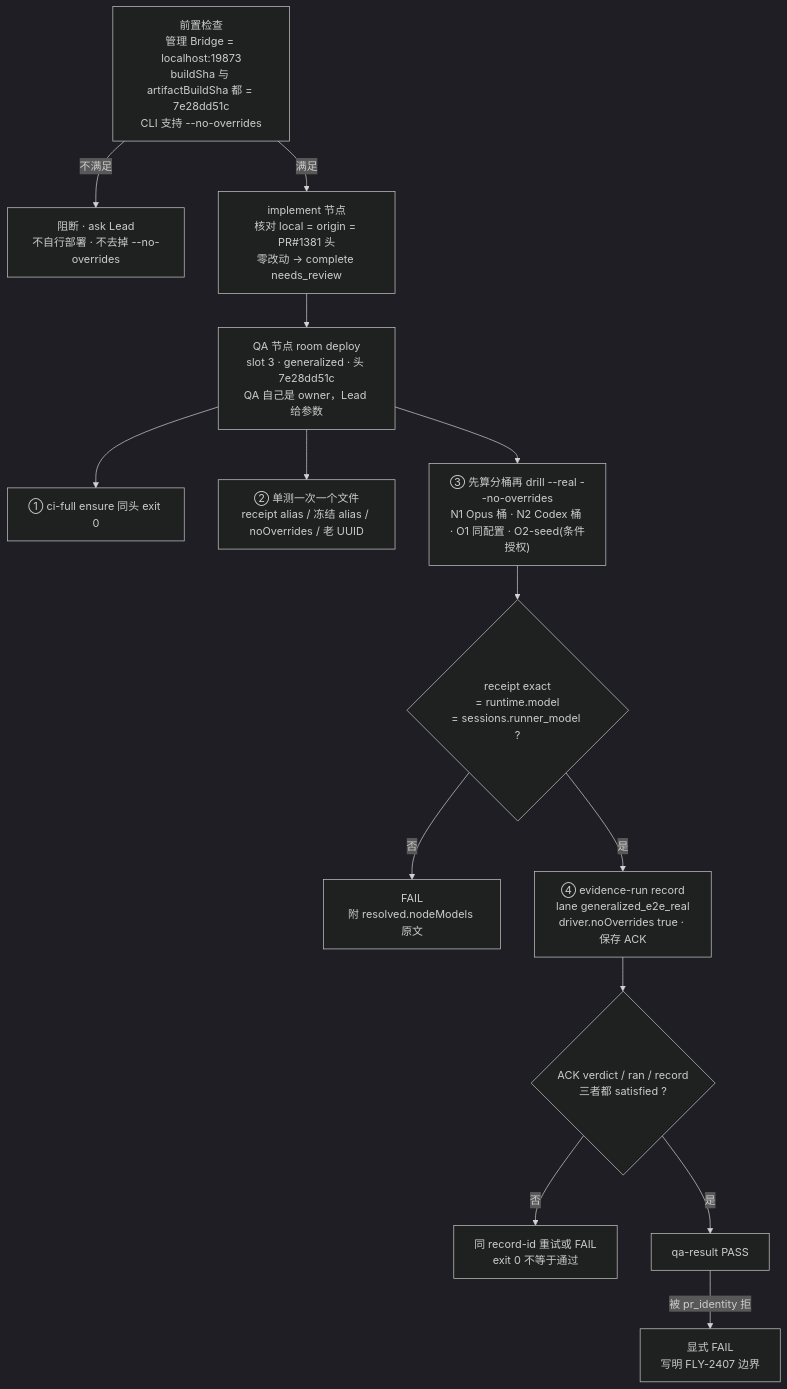
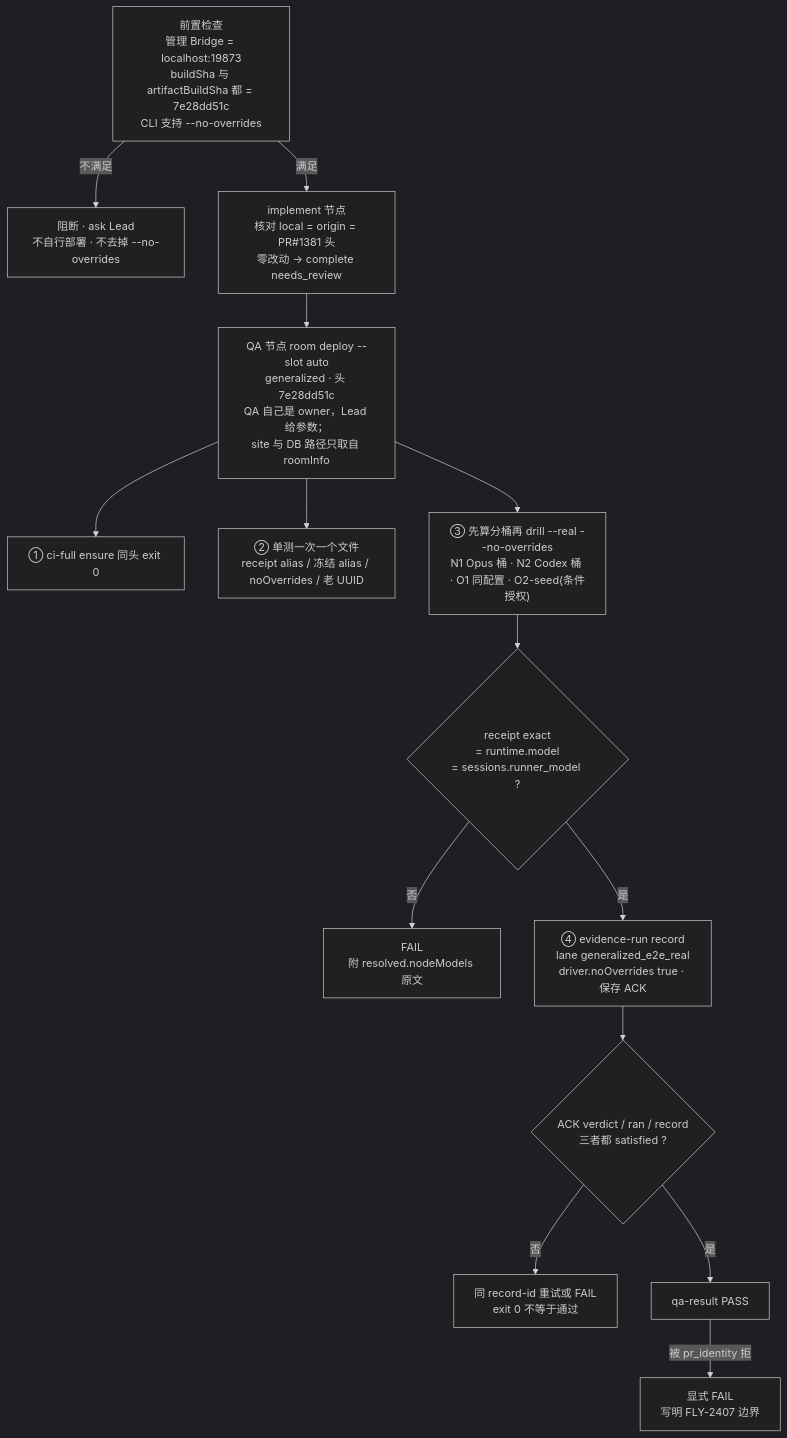
The diagram in engineering/doc/FLY-3018-current-model-routing/diagrams/d1-flow.mmd (xrliAnnie/flywheel-qa-sandbox), drawn with Mermaid (dark theme) before and after one commit. The commit also changed 3 other files, not shown here.

Commit message:
docs(FLY-3018): founder HTML synced to plan v2.2/v2.3 topology (slot auto, O2-seed preconditions)

```diff
--- a/engineering/doc/FLY-3018-current-model-routing/diagrams/d1-flow.mmd
+++ b/engineering/doc/FLY-3018-current-model-routing/diagrams/d1-flow.mmd
@@ -1,14 +1,14 @@
 flowchart TD
     P["前置检查<br/>管理 Bridge = localhost:19873<br/>buildSha 与 artifactBuildSha 都 = 7e28dd51c<br/>CLI 支持 --no-overrides"] -->|不满足| PX["阻断 · ask Lead<br/>不自行部署 · 不去掉 --no-overrides"]
     P -->|满足| B["implement 节点<br/>核对 local = origin = PR#1381 头<br/>零改动 → complete needs_review"]
-    B --> C["QA 节点 room deploy<br/>slot 3 · generalized · 头 7e28dd51c<br/>QA 自己是 owner，Lead 给参数"]
+    B --> C["QA 节点 room deploy --slot auto<br/>generalized · 头 7e28dd51c<br/>QA 自己是 owner，Lead 给参数；<br/>site 与 DB 路径只取自 roomInfo"]
     C --> D1["① ci-full ensure 同头 exit 0"]
     C --> D2["② 单测一次一个文件<br/>receipt alias / 冻结 alias / noOverrides / 老 UUID"]
     C --> D3["③ 先算分桶再 drill --real --no-overrides<br/>N1 Opus 桶 · N2 Codex 桶 · O1 同配置 · O2-seed(条件授权)"]
     D3 --> E{"receipt exact<br/>= runtime.model<br/>= sessions.runner_model ?"}
     E -- 否 --> F["FAIL<br/>附 resolved.nodeModels 原文"]
     E -- 是 --> G["④ evidence-run record<br/>lane generalized_e2e_real<br/>driver.noOverrides true · 保存 ACK"]
     G --> H{"ACK verdict / ran / record<br/>三者都 satisfied ?"}
     H -- 否 --> G2["同 record-id 重试或 FAIL<br/>exit 0 不等于通过"]
     H -- 是 --> I["qa-result PASS"]
     I -- 被 pr_identity 拒 --> J["显式 FAIL<br/>写明 FLY-2407 边界"]
```
